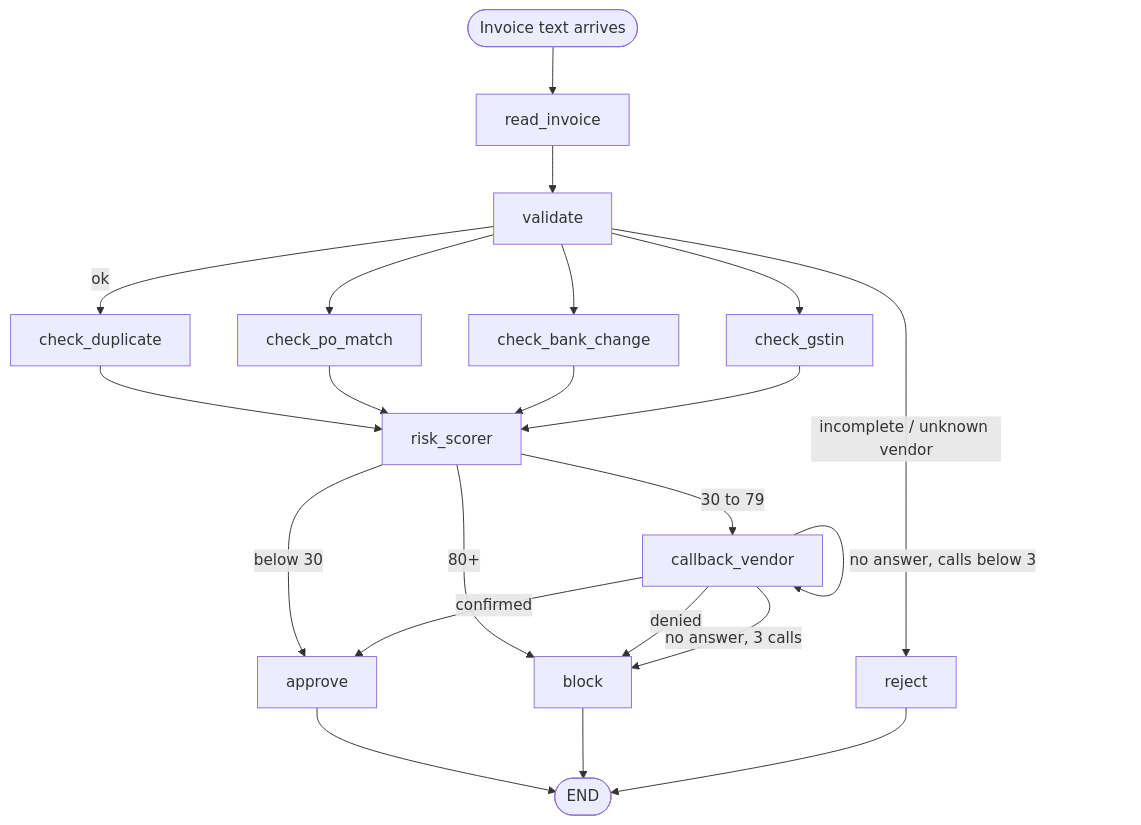
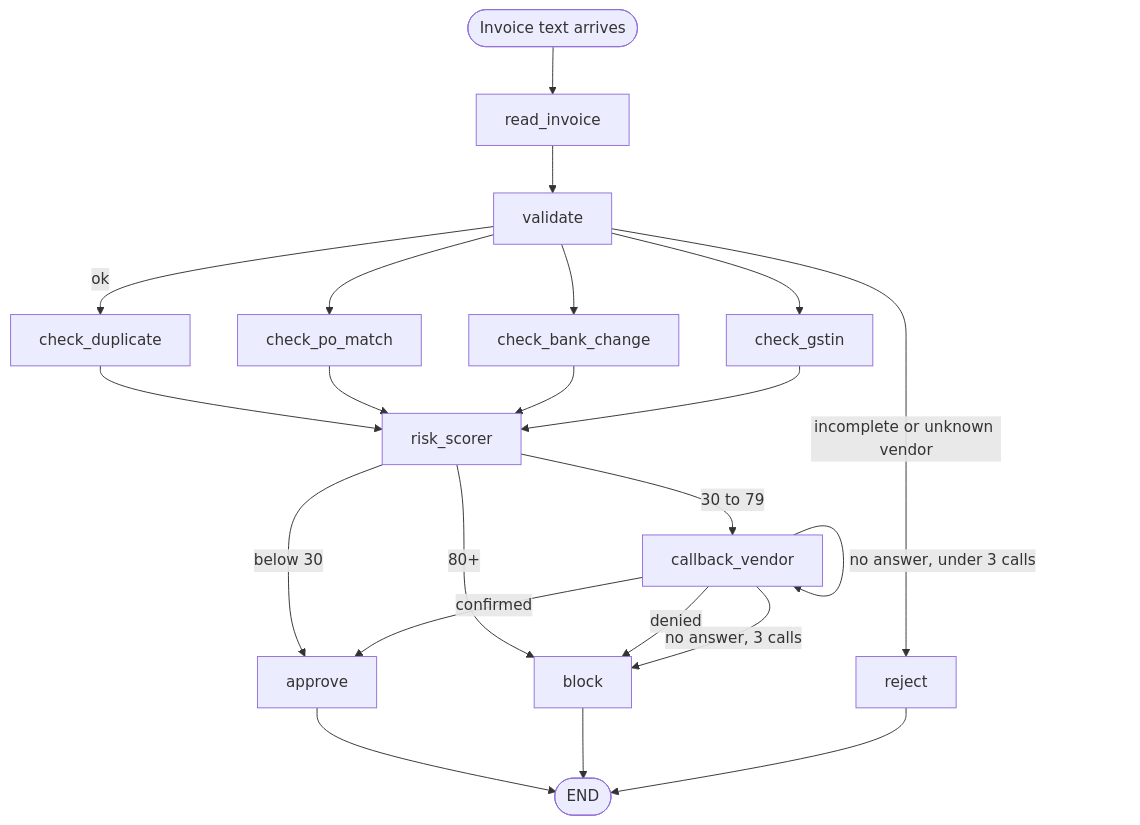
Before and after one commit to PreeyasTumulu/Vendor_Payment_Guard: the first of 4 diagrams in TUTORIAL.md, drawn with Mermaid. The commit also changed other lines of this file and 1 other file, not shown here.

````diff
--- a/TUTORIAL.md
+++ b/TUTORIAL.md
@@ -84,24 +50,24 @@
 ```mermaid
 flowchart TD
-    START([Invoice text arrives]) --> READ["read_invoice"]
-    READ --> VALIDATE["validate"]
-    VALIDATE -->|"incomplete / unknown vendor"| REJECT["reject"]
+    START([Invoice text arrives]) --> READ[read_invoice]
+    READ --> VALIDATE[validate]
+    VALIDATE -->|"incomplete or unknown vendor"| REJECT[reject]
     VALIDATE -->|"ok"| DUP[check_duplicate]
     VALIDATE --> PO[check_po_match]
     VALIDATE --> BANK[check_bank_change]
     VALIDATE --> GST[check_gstin]
-    DUP --> SCORE["risk_scorer"]
+    DUP --> SCORE[risk_scorer]
     PO --> SCORE
     BANK --> SCORE
     GST --> SCORE
-    SCORE -->|"below 30"| APPROVE["approve"]
-    SCORE -->|"30 to 79"| CALL["callback_vendor"]
-    SCORE -->|"80+"| BLOCK["block"]
+    SCORE -->|"below 30"| APPROVE[approve]
+    SCORE -->|"30 to 79"| CALL[callback_vendor]
+    SCORE -->|"80+"| BLOCK[block]
     CALL -->|"confirmed"| APPROVE
     CALL -->|"denied"| BLOCK
-    CALL -->|"no answer, calls below 3"| CALL
+    CALL -->|"no answer, under 3 calls"| CALL
     CALL -->|"no answer, 3 calls"| BLOCK
     APPROVE --> END([END])
     BLOCK --> END
     REJECT --> END
 ```
````
